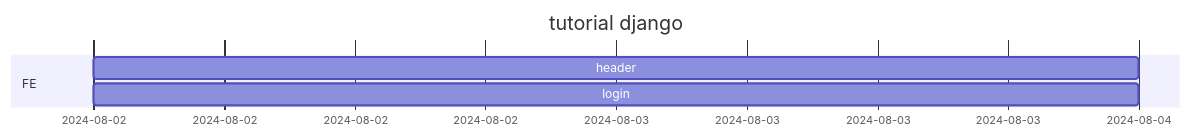
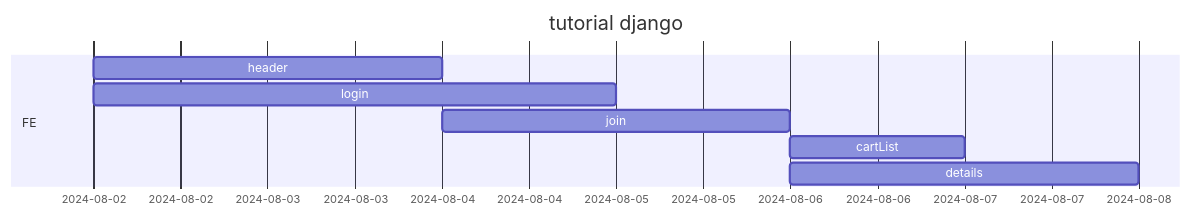
The diagram in README.md (gustn1029/openMarket), drawn with Mermaid before and after one commit. The commit also changed other lines of this file, not shown here.

````diff
--- a/README.md
+++ b/README.md
@@ -63,8 +74,11 @@
 ```mermaid
 gantt
     title tutorial django
     dateFormat YY-MM-DD
     section FE
         header    :2024-08-02, 2d
-        login    :2024-08-02, 2d
+        login    :2024-08-02, 3d
+        join     :2024-08-04, 2d
+        cartList     :2024-08-06, 1d
+        details     :2024-08-06, 2d
 ```
````
